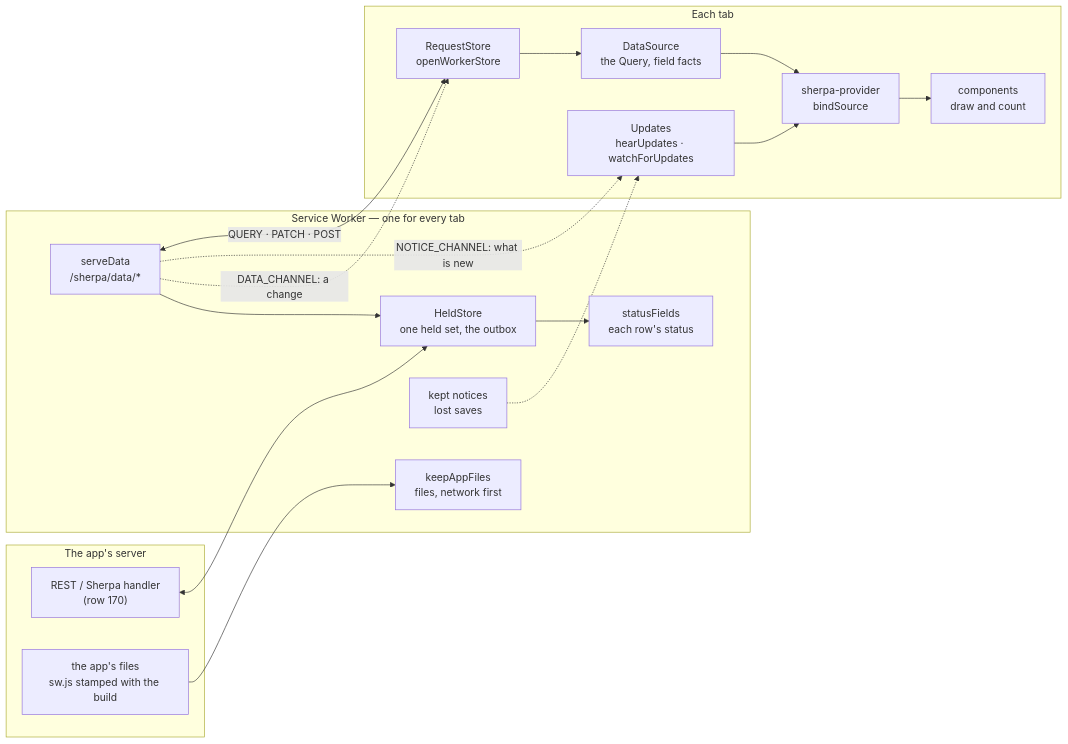
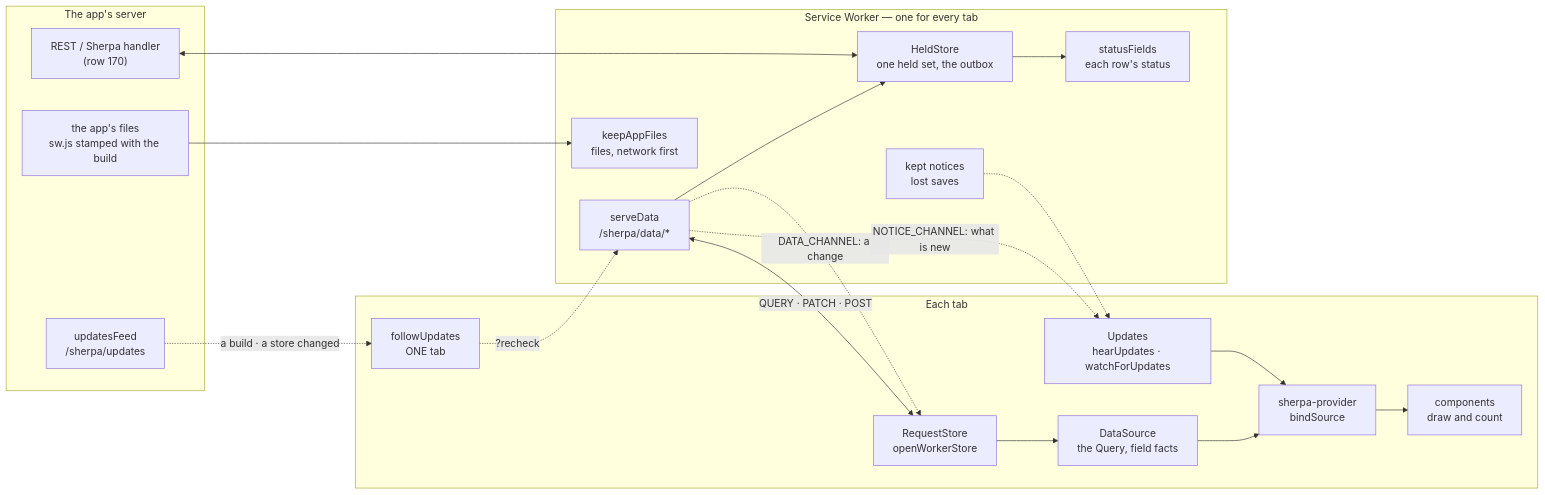
One commit to Mincher/sherpa-ui changed the first of 3 diagrams in docs/ARCHITECTURE.md. Above: the diagram before and after it, drawn with Mermaid. The commit also changed other lines of this file and 12 other files, not shown here.

````diff
--- a/docs/ARCHITECTURE.md
+++ b/docs/ARCHITECTURE.md
@@ -27,31 +27,35 @@
 ```mermaid
 flowchart LR
   subgraph server["The app's server"]
     api["REST / Sherpa handler<br/>(row 170)"]
     files["the app's files<br/>sw.js stamped with the build"]
+    feed["updatesFeed<br/>/sherpa/updates"]
   end
   subgraph worker["Service Worker — one for every tab"]
     appfiles["keepAppFiles<br/>files, network first"]
     serve["serveData<br/>/sherpa/data/*"]
     held["HeldStore<br/>one held set, the outbox"]
     status["statusFields<br/>each row's status"]
     kept["kept notices<br/>lost saves"]
   end
   subgraph tab["Each tab"]
     rs["RequestStore<br/>openWorkerStore"]
     ds["DataSource<br/>the Query, field facts"]
     prov["sherpa-provider<br/>bindSource"]
     comps["components<br/>draw and count"]
     upd["Updates<br/>hearUpdates · watchForUpdates"]
+    follow["followUpdates<br/>ONE tab"]
   end
   files --> appfiles
   api <--> held
   held --> status
   serve --> held
   rs <-->|"QUERY · PATCH · POST"| serve
   rs --> ds --> prov --> comps
   serve -.->|"DATA_CHANNEL: a change"| rs
   serve -.->|"NOTICE_CHANNEL: what is new"| upd
   upd --> prov
   kept -.-> upd
+  feed -.->|"a build · a store changed"| follow
+  follow -.->|"?recheck"| serve
 ```
````
